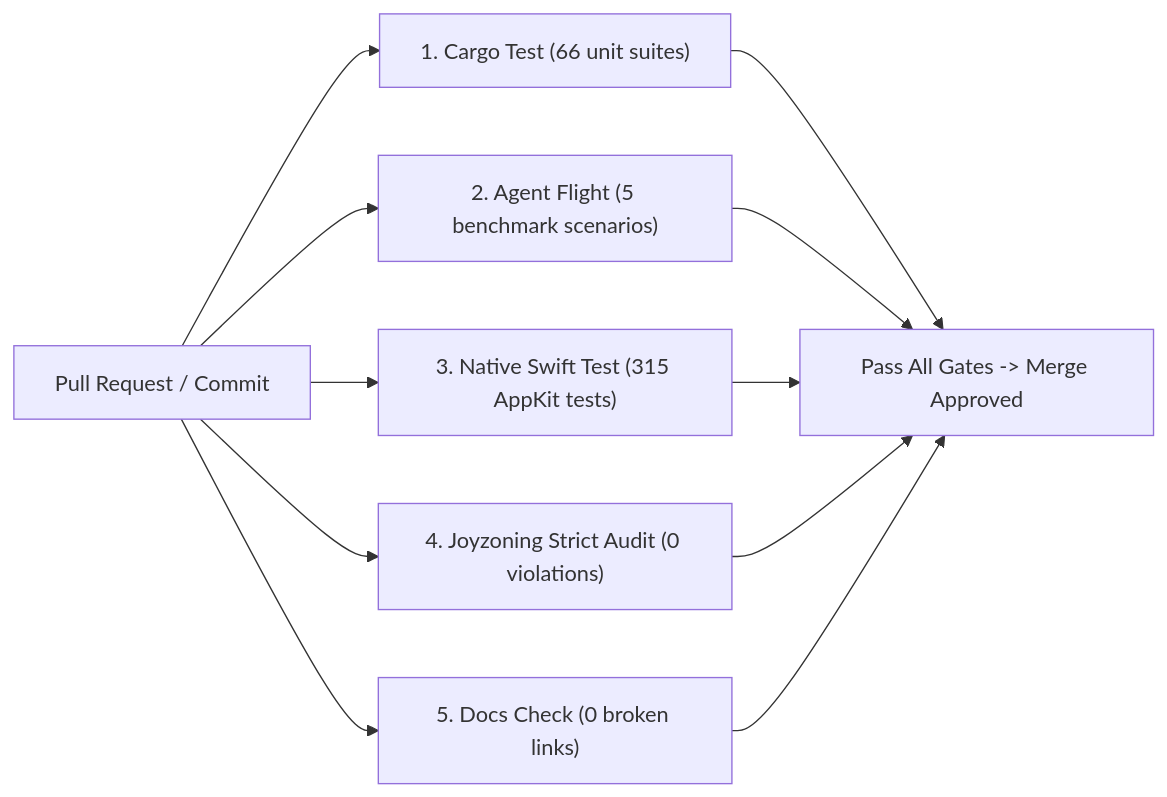
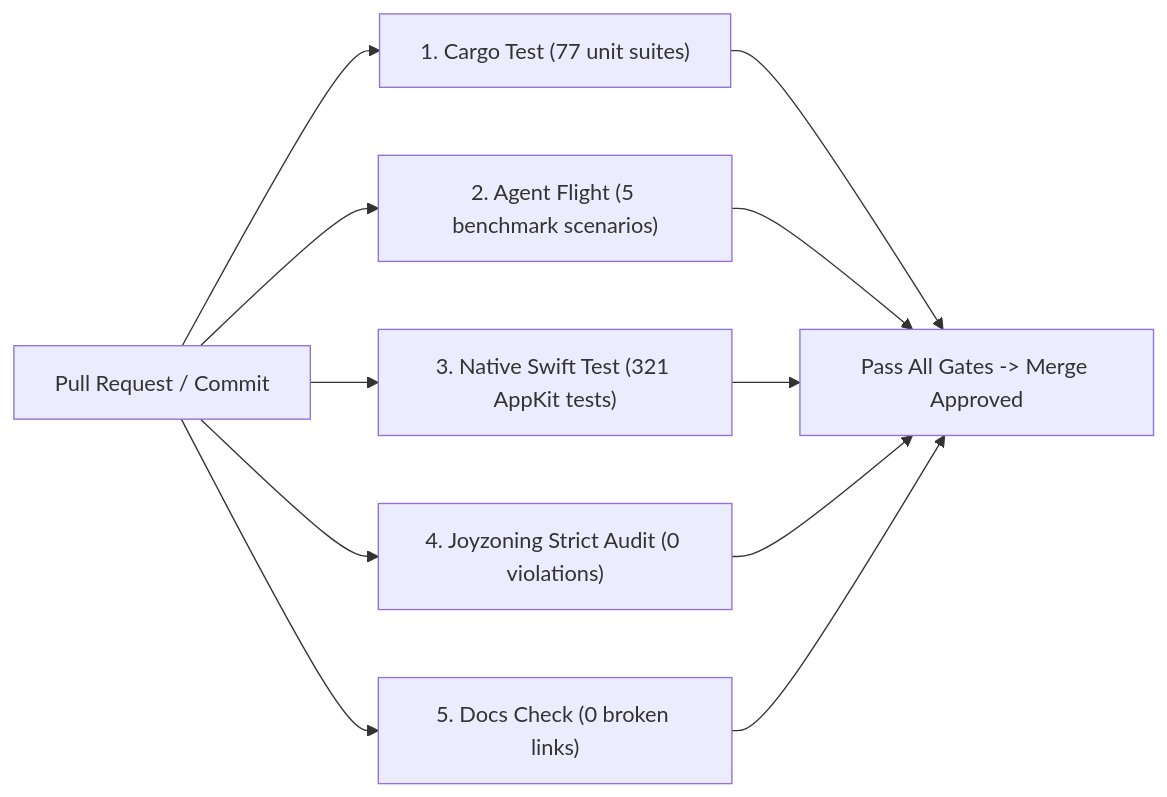
Before and after one commit to CardSorting/HEAV3NS-MICRO: the diagram in docs/CI_INTEGRATION.md, drawn with Mermaid. The commit also changed 48 other files, not shown here.

````diff
--- a/docs/CI_INTEGRATION.md
+++ b/docs/CI_INTEGRATION.md
@@ -19,13 +19,13 @@
 ```mermaid
 flowchart LR
-  PR["Pull Request / Commit"] --> TEST["1. Cargo Test (66 unit suites)"]
+  PR["Pull Request / Commit"] --> TEST["1. Cargo Test (77 unit suites)"]
   PR --> FLIGHT["2. Agent Flight (5 benchmark scenarios)"]
-  PR --> SWIFT["3. Native Swift Test (315 AppKit tests)"]
+  PR --> SWIFT["3. Native Swift Test (321 AppKit tests)"]
   PR --> JOY["4. Joyzoning Strict Audit (0 violations)"]
   PR --> DOCS["5. Docs Check (0 broken links)"]
   TEST --> GATE["Pass All Gates -> Merge Approved"]
   FLIGHT --> GATE
   SWIFT --> GATE
   JOY --> GATE
   DOCS --> GATE
 ```
````
